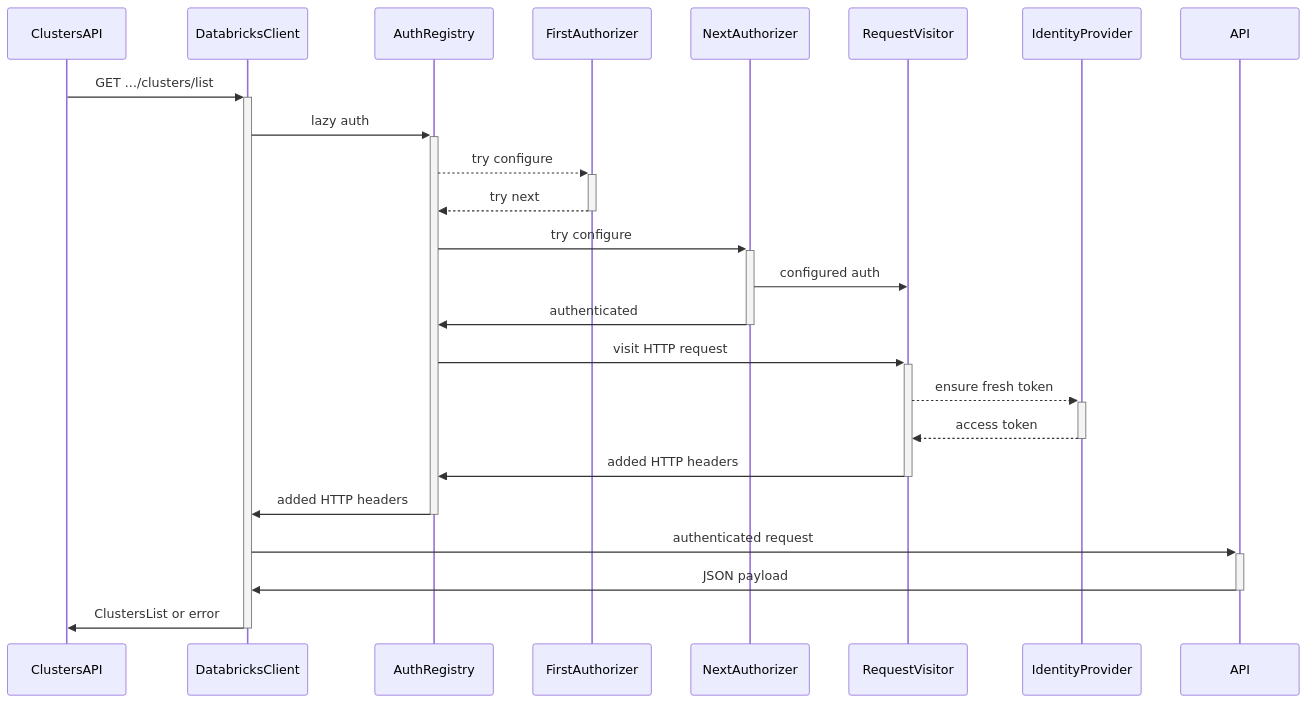
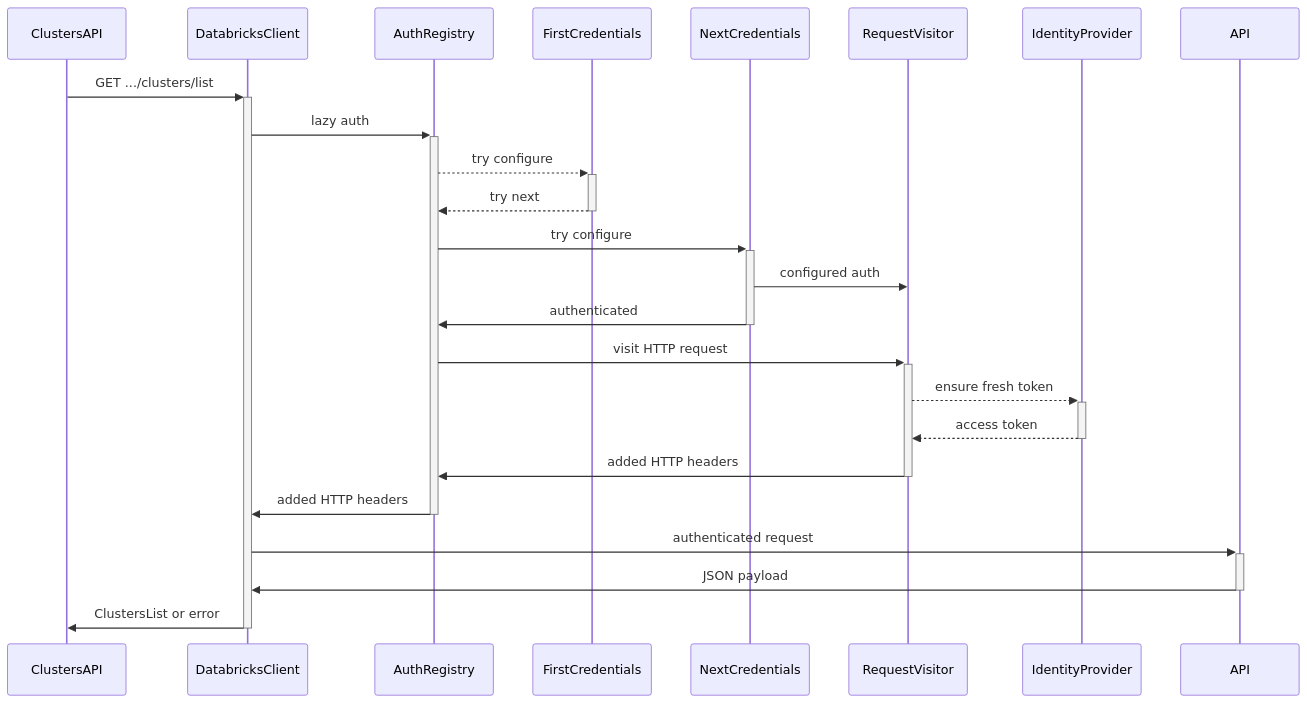
Before and after one commit to databricks/databricks-sdk-go: the first of 2 diagrams in README.md, drawn with Mermaid. The commit also changed other lines of this file and 31 other files, not shown here.

````diff
--- a/README.md
+++ b/README.md
@@ -8,19 +8,19 @@
 ```mermaid
 sequenceDiagram
     ClustersAPI->>+DatabricksClient: GET .../clusters/list
     DatabricksClient->>+AuthRegistry: lazy auth
-    AuthRegistry-->>+FirstAuthorizer: try configure
-    FirstAuthorizer-->>-AuthRegistry: try next
-    AuthRegistry->>+NextAuthorizer: try configure
-    NextAuthorizer->>RequestVisitor: configured auth
-    NextAuthorizer->>-AuthRegistry: authenticated
+    AuthRegistry-->>+FirstCredentials: try configure
+    FirstCredentials-->>-AuthRegistry: try next
+    AuthRegistry->>+NextCredentials: try configure
+    NextCredentials->>RequestVisitor: configured auth
+    NextCredentials->>-AuthRegistry: authenticated
     AuthRegistry->>+RequestVisitor: visit HTTP request
     RequestVisitor-->>+IdentityProvider: ensure fresh token
     IdentityProvider-->>-RequestVisitor: access token
     RequestVisitor->>-AuthRegistry: added HTTP headers
     AuthRegistry->>-DatabricksClient: added HTTP headers
 
     DatabricksClient->>+API: authenticated request
     API->>-DatabricksClient: JSON payload
     DatabricksClient->>-ClustersAPI: ClustersList or error
 ```
````
